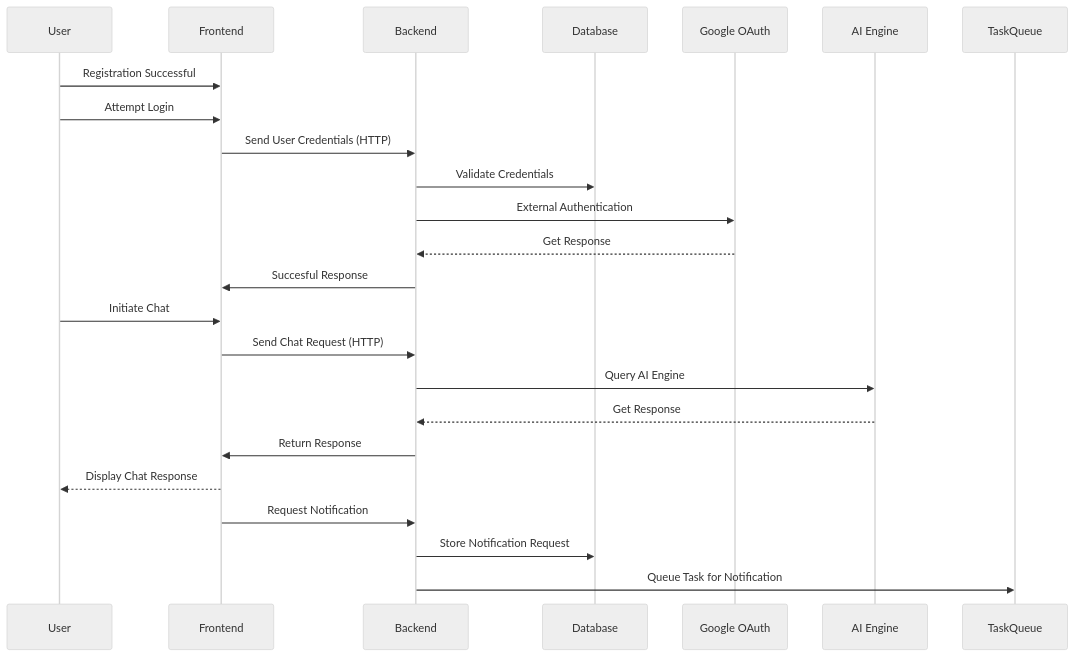
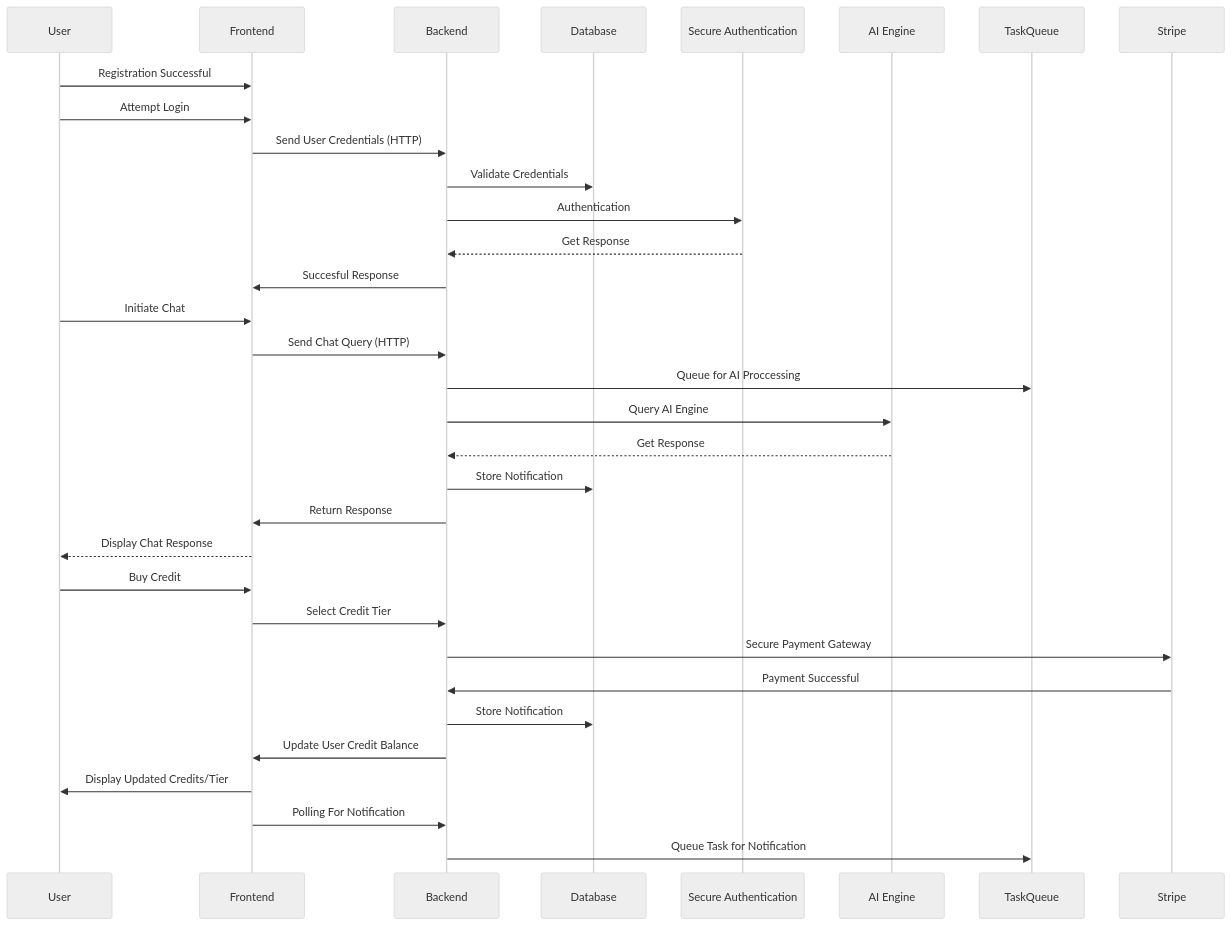
One commit to Joy-Ese/JayBank-Support-App changed the second of 2 diagrams in mermaid.md. Above: the diagram before and after it, drawn with Mermaid (neutral theme). The commit also changed other lines of this file, not shown here.

````diff
--- a/mermaid.md
+++ b/mermaid.md
@@ -23,28 +26,38 @@
 ``` mermaid
 sequenceDiagram
     participant U as User
     participant FE as Frontend
     participant BE as Backend
     participant DB as Database
-    participant JWT as Google OAuth
+    participant JWT as Secure Authentication
     participant AI as AI Engine
     participant Q as TaskQueue
+    participant S as Stripe
 
     U->>FE: Registration Successful
     U->>FE: Attempt Login
     FE->>BE: Send User Credentials (HTTP)
     BE->>DB: Validate Credentials
-    BE->>JWT: External Authentication
+    BE->>JWT: Authentication
     JWT-->>BE: Get Response
     BE->>FE: Succesful Response
     U->>FE: Initiate Chat
-    FE->>BE: Send Chat Request (HTTP)
+    FE->>BE: Send Chat Query (HTTP)
+    BE->>Q: Queue for AI Proccessing
     BE->>AI: Query AI Engine
     AI-->>BE: Get Response
+    BE->>DB: Store Notification
     BE->>FE: Return Response
     FE-->>U: Display Chat Response
 
-    FE->>BE: Request Notification
-    BE->>DB: Store Notification Request
+    U->>FE: Buy Credit
+    FE->>BE: Select Credit Tier
+    BE->>S: Secure Payment Gateway
+    S->>BE: Payment Successful
+    BE->>DB: Store Notification 
+    BE->>FE: Update User Credit Balance
+    FE->>U: Display Updated Credits/Tier
+
+    FE->>BE: Polling For Notification
     BE->>Q: Queue Task for Notification
 ```
````
